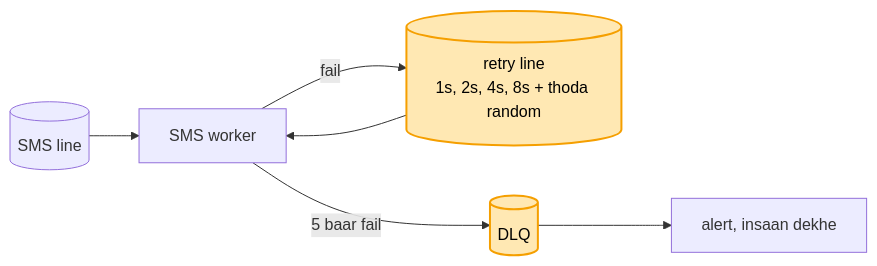
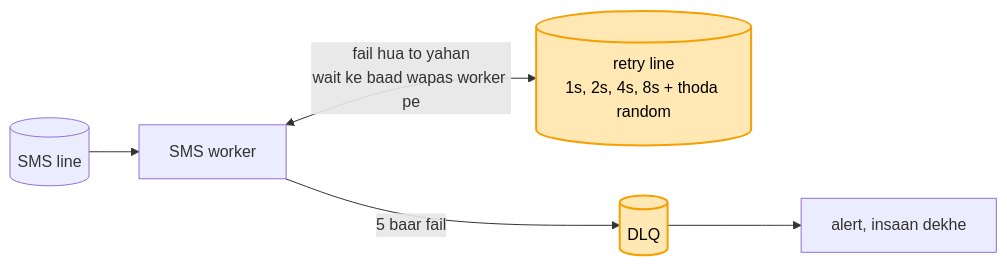
Before and after one commit to ArpanMaheshwari144/Prep: the fifth of 11 diagrams in 04_HLD/SYSTEM_DESIGNS/04_notification_system/04_notification_system.md, drawn with Mermaid. The commit also changed other lines of this file and 7 other files, not shown here.

Commit message:
HLD diagram: 13 jagah do dabbon ke beech do teer the (label dabbe pe chadhta) -> ek teer, jaata / wapas do line

````diff
--- a/04_HLD/SYSTEM_DESIGNS/04_notification_system/04_notification_system.md
+++ b/04_HLD/SYSTEM_DESIGNS/04_notification_system/04_notification_system.md
@@ -169,10 +169,9 @@
 ```mermaid
 flowchart LR
     LS[("SMS line")] --> WS["SMS worker"]
-    WS -- "fail" --> RT[("retry line<br/>1s, 2s, 4s, 8s + thoda random")]
-    RT --> WS
+    WS <-->|"fail hua to yahan<br/>wait ke baad wapas worker pe"| RT[("retry line<br/>1s, 2s, 4s, 8s + thoda random")]
     WS -- "5 baar fail" --> D[("DLQ")]
     D --> AL["alert, insaan dekhe"]
     style RT fill:#ffe8b3,stroke:#f59f00,stroke-width:2px,color:#000
     style D fill:#ffe8b3,stroke:#f59f00,stroke-width:2px,color:#000
 ```
````
